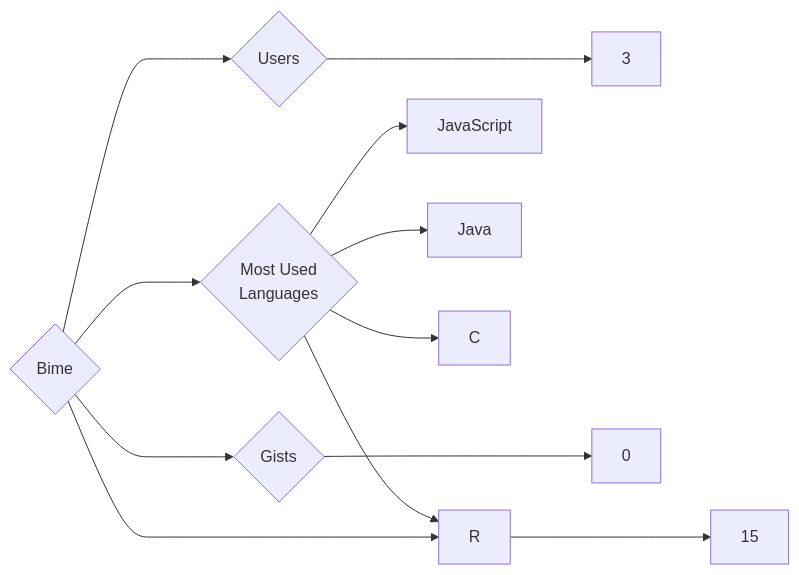
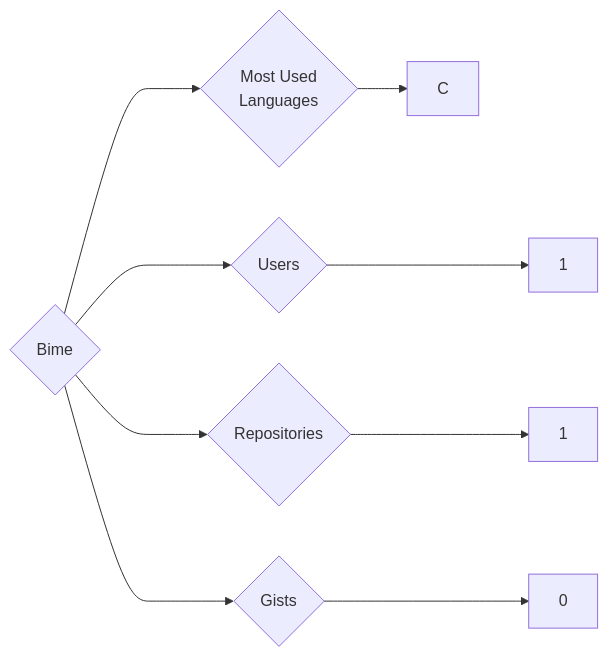
The diagram in targets/Bime/README.md (trickest/insiders), drawn with Mermaid before and after one commit. The commit also changed 636 other files, not shown here.

````diff
--- a/targets/Bime/README.md
+++ b/targets/Bime/README.md
@@ -3,12 +3,9 @@
 ```mermaid
 graph LR
 COMPANY_NAME{Bime}
-COMPANY_NAME ---> U{Users} ---> UN[3]
-COMPANY_NAME ---> R{Repositories} ---> RN[15]
+COMPANY_NAME ---> U{Users} ---> UN[1]
+COMPANY_NAME ---> R{Repositories} ---> RN[1]
 COMPANY_NAME ---> G{Gists} ---> GN[0]
 COMPANY_NAME ---> ML{Most Used<br>Languages}
-ML --> JavaScript[JavaScript]
-ML --> R[R]
-ML --> Java[Java]
 ML --> C[C]
 ```
````
